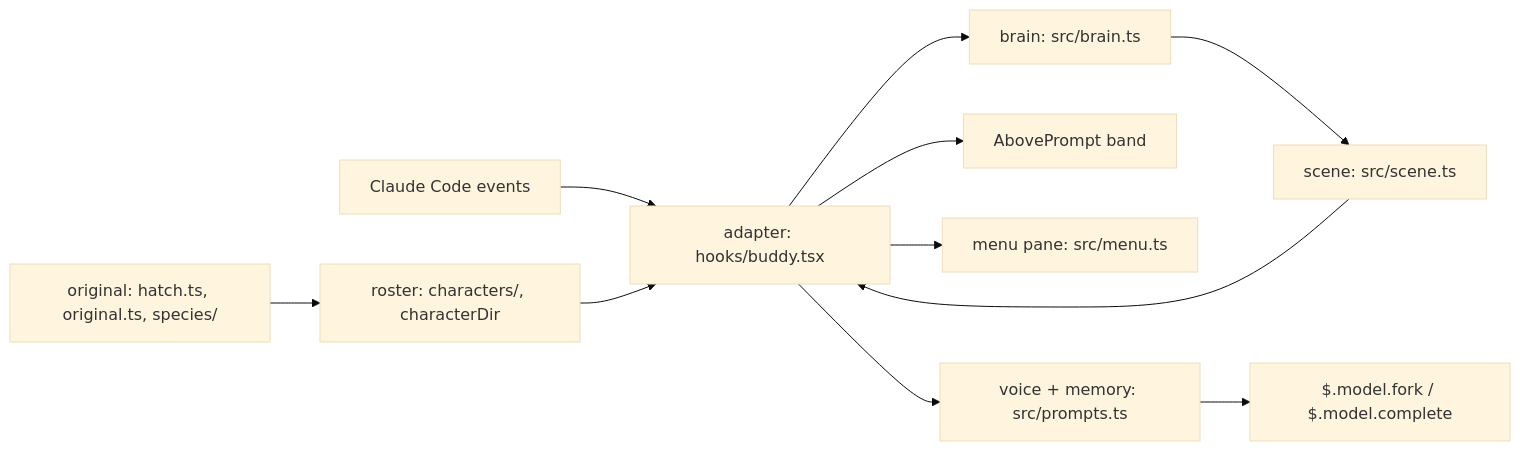
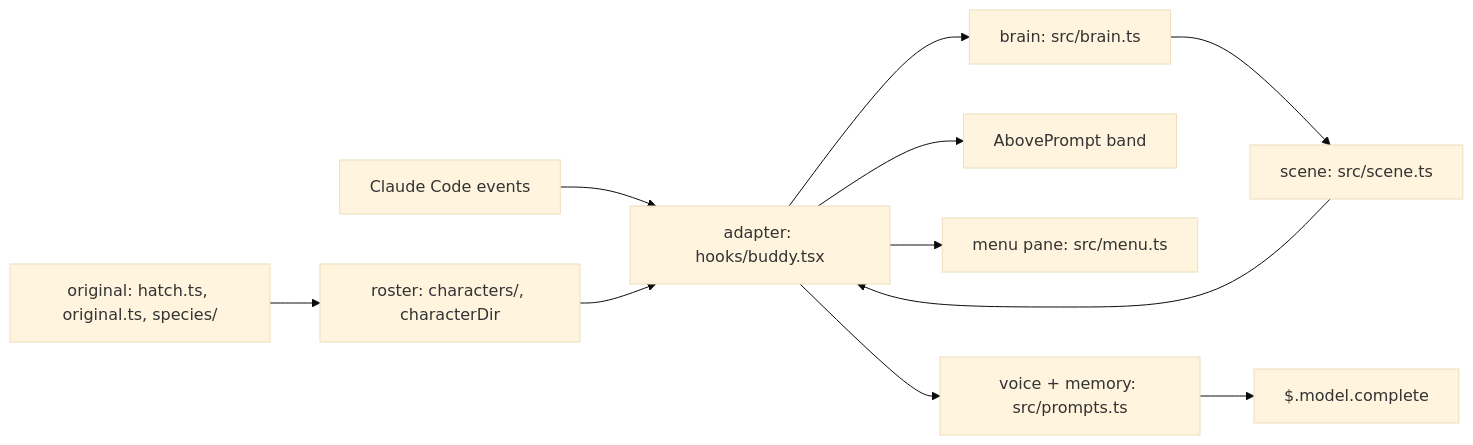
Before and after one commit to rezzminator/buddy: the diagram in docs/design/_index.md, drawn with Mermaid (base theme). The commit also changed other lines of this file and 20 other files, not shown here.

First line of the commit message:
feat!: remove fork mode; every buddy call is one quipModel completion

````diff
--- a/docs/design/_index.md
+++ b/docs/design/_index.md
@@ -25,13 +25,13 @@
 ```mermaid
 flowchart LR
   CC["Claude Code events"] --> A["adapter: hooks/buddy.tsx"]
   A --> B["brain: src/brain.ts"]
   B --> S["scene: src/scene.ts"]
   S --> A
   A --> Band["AbovePrompt band"]
   R["roster: characters/, characterDir"] --> A
   O["original: hatch.ts, original.ts, species/"] --> R
   A --> M["menu pane: src/menu.ts"]
   A --> V["voice + memory: src/prompts.ts"]
-  V --> Model["$.model.fork / $.model.complete"]
+  V --> Model["$.model.complete"]
 ```
````
